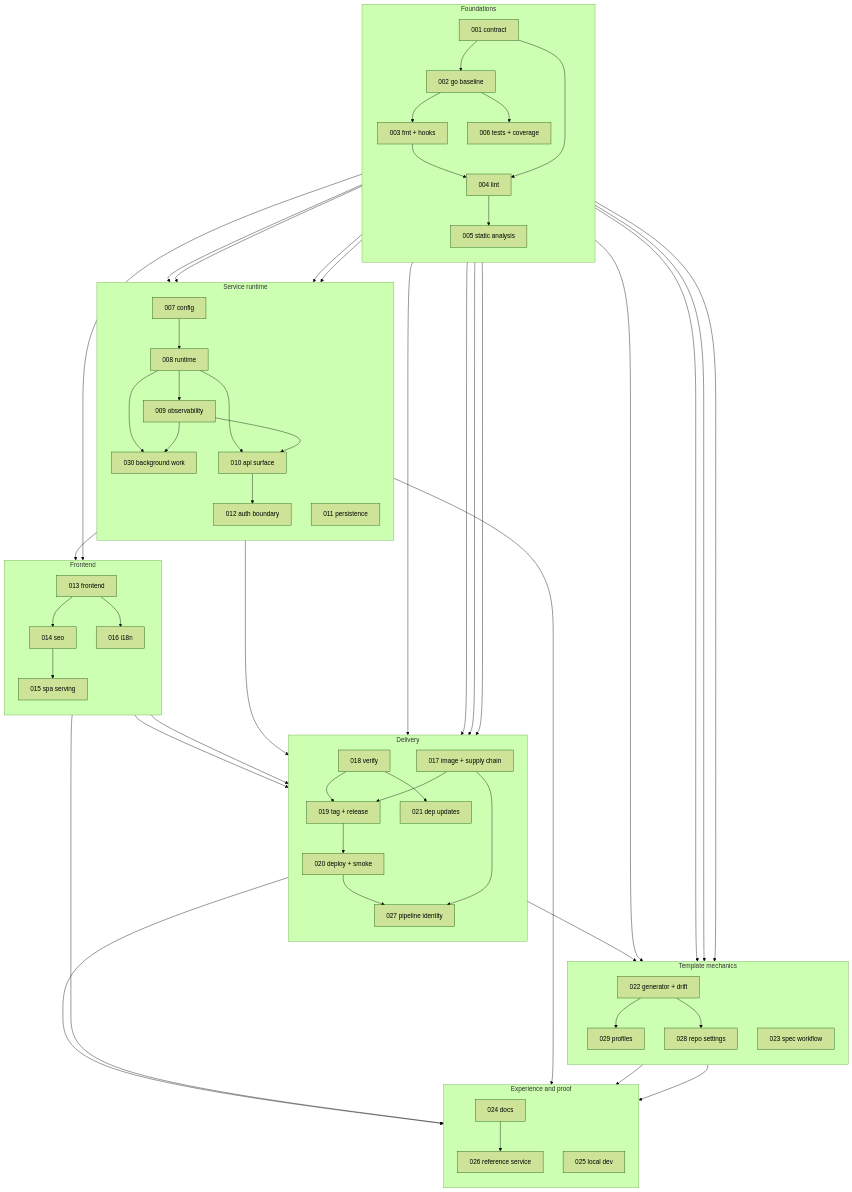
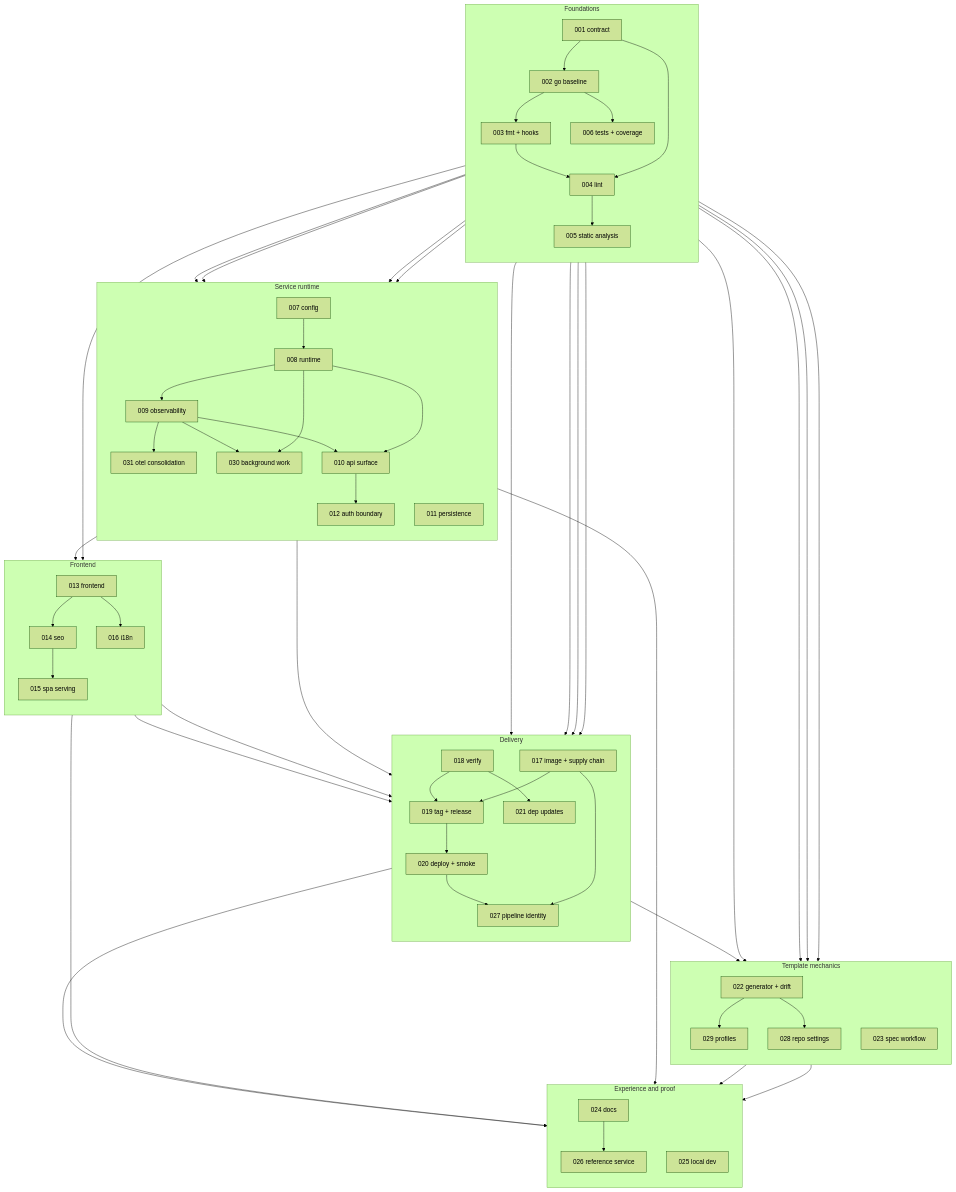
The second of 2 diagrams in specs/README.md (latere-ai/service-template), drawn with Mermaid (forest theme) before and after one commit. The commit also changed other lines of this file and 1 other file, not shown here.

First line of the commit message:
specs: record what consolidated onto the shared otel package and what did not

```diff
--- a/specs/README.md
+++ b/specs/README.md
@@ -61,6 +61,7 @@
   subgraph R["Service runtime"]
     direction TB
     S007["007 config"] --> S008["008 runtime"] --> S009["009 observability"]
+    S009 --> S031["031 otel consolidation"]
     S008 --> S030["030 background work"]
     S008 --> S010["010 api surface"]
     S009 --> S010
```
